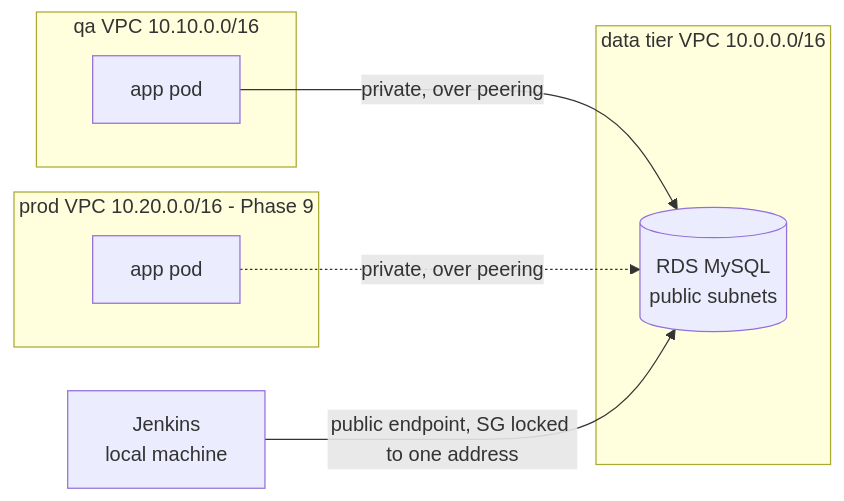
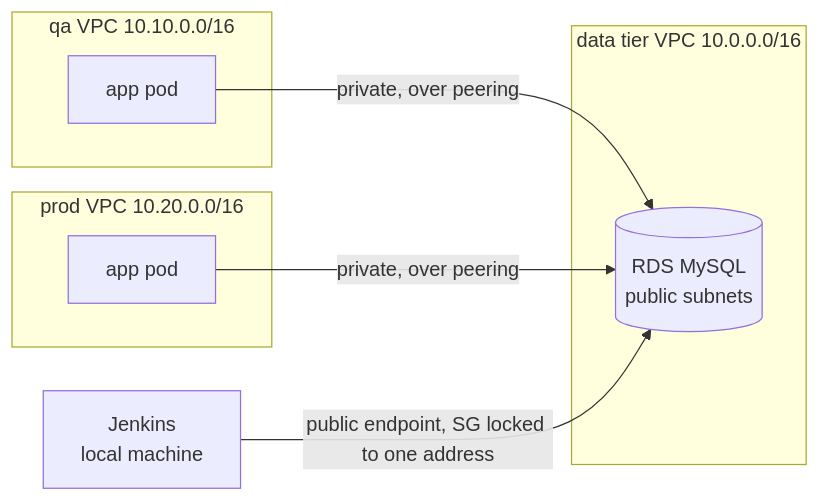
Before and after one commit to elpendex123/mongo-dcu-pipeline: the diagram in docs/RDS-MYSQL.md, drawn with Mermaid. The commit also changed 7 other files, not shown here.

````diff
--- a/docs/RDS-MYSQL.md
+++ b/docs/RDS-MYSQL.md
@@ -51,17 +51,17 @@
 ```mermaid
 flowchart LR
     subgraph data["data tier VPC 10.0.0.0/16"]
         RDS[("RDS MySQL<br/>public subnets")]
     end
     subgraph qa["qa VPC 10.10.0.0/16"]
         QAPOD["app pod"]
     end
-    subgraph prod["prod VPC 10.20.0.0/16 - Phase 9"]
+    subgraph prod["prod VPC 10.20.0.0/16"]
         PPOD["app pod"]
     end
     JENKINS["Jenkins<br/>local machine"]
 
     QAPOD -->|"private, over peering"| RDS
-    PPOD -.->|"private, over peering"| RDS
+    PPOD -->|"private, over peering"| RDS
     JENKINS -->|"public endpoint, SG locked to one address"| RDS
 ```
````
